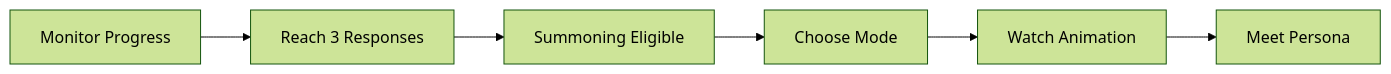
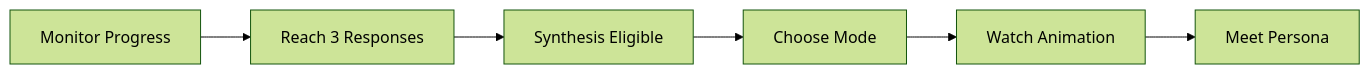
One commit to salieri009/Re-MirAI changed the fourth of 6 diagrams in docs/04-user-experience/01-User-Journey-Map.md. Above: the diagram before and after it, drawn with Mermaid (forest theme). The commit also changed other lines of this file and 6 other files, not shown here.

````diff
--- a/docs/04-user-experience/01-User-Journey-Map.md
+++ b/docs/04-user-experience/01-User-Journey-Map.md
@@ -169,4 +169,4 @@
 ```mermaid
 graph LR
-    A[Monitor Progress] --> B[Reach 3 Responses] --> C[Summoning Eligible] --> D[Choose Mode] --> E[Watch Animation] --> F[Meet Persona]
+    A[Monitor Progress] --> B[Reach 3 Responses] --> C[Synthesis Eligible] --> D[Choose Mode] --> E[Watch Animation] --> F[Meet Persona]
 ```
````
